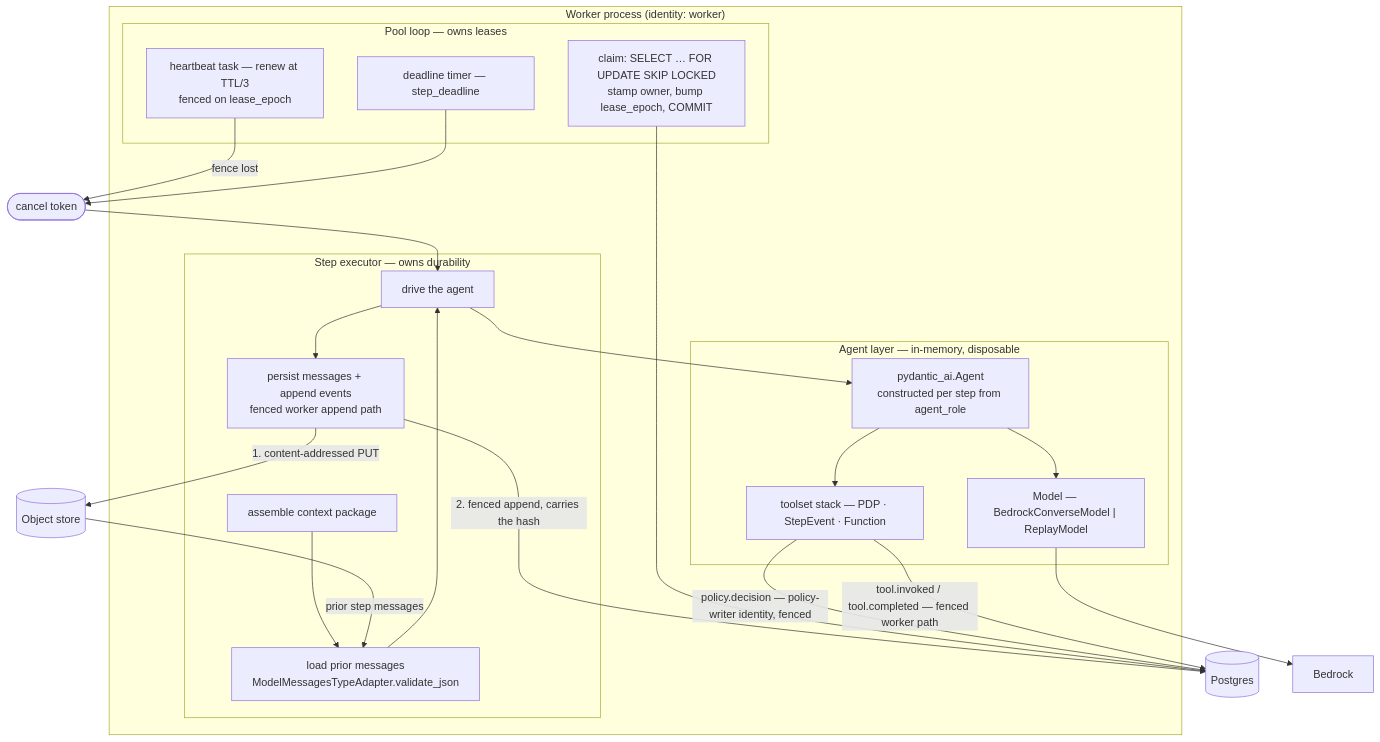
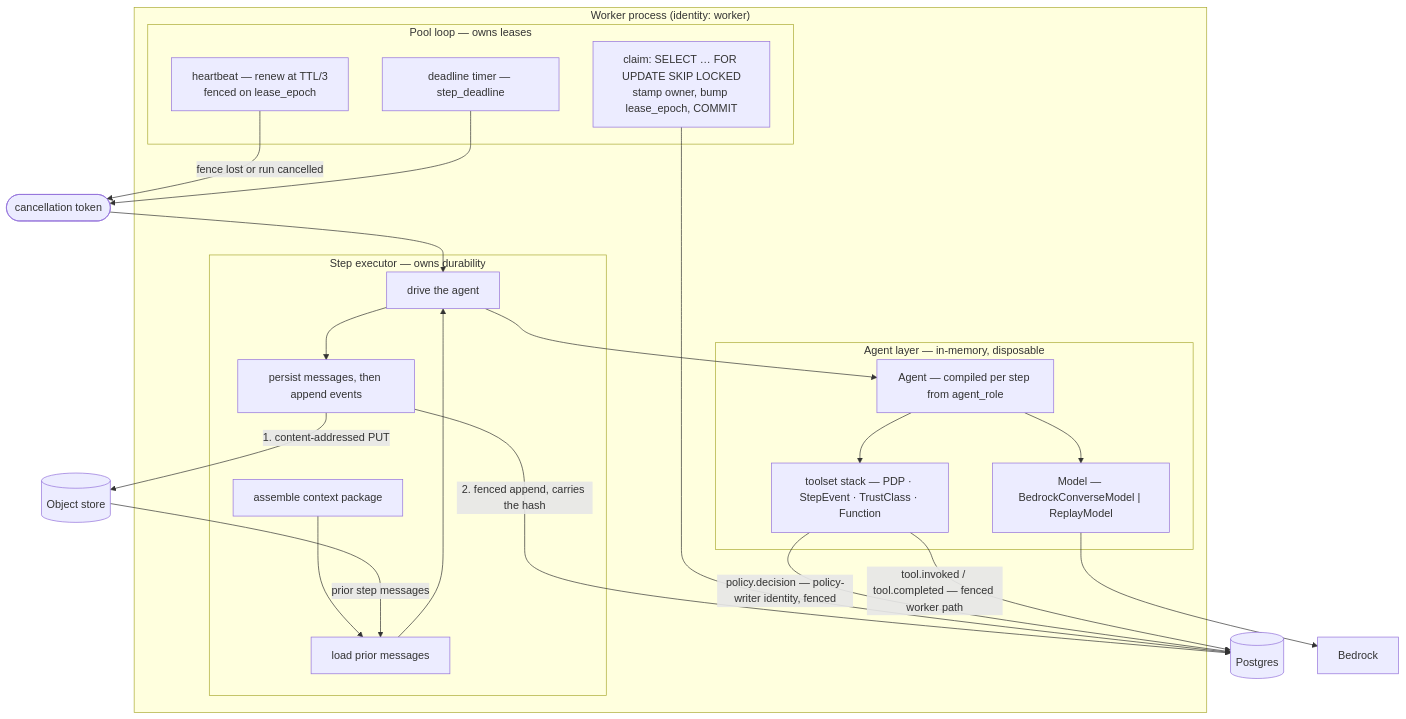
Before and after one commit to eugenelim/company-intelligence-desk: the second of 5 diagrams in docs/architecture/pydantic-ai-worker-runtime/worker-runtime.md, drawn with Mermaid. The commit also changed other lines of this file and 10 other files, not shown here.

First line of the commit message:
docs(architecture): restructure both architecture docs model-first

````diff
--- a/docs/architecture/pydantic-ai-worker-runtime/worker-runtime.md
+++ b/docs/architecture/pydantic-ai-worker-runtime/worker-runtime.md
@@ -286,39 +247,41 @@
 ```mermaid
 flowchart TB
+%% Question: which parts of a worker process hold durable state, and which are thrown away at step end?
+%% Zoom: component
     subgraph proc["Worker process (identity: worker)"]
         subgraph pool["Pool loop — owns leases"]
             CLAIM["claim: SELECT … FOR UPDATE SKIP LOCKED<br/>stamp owner, bump lease_epoch, COMMIT"]
-            HB["heartbeat task — renew at TTL/3<br/>fenced on lease_epoch"]
+            HB["heartbeat — renew at TTL/3<br/>fenced on lease_epoch"]
             DEADLINE["deadline timer — step_deadline"]
         end
         subgraph exec["Step executor — owns durability"]
             CTX["assemble context package"]
-            LOAD["load prior messages<br/>ModelMessagesTypeAdapter.validate_json"]
+            LOAD["load prior messages"]
             RUN["drive the agent"]
-            PERSIST["persist messages + append events<br/>fenced worker append path"]
+            PERSIST["persist messages, then append events"]
         end
         subgraph agent["Agent layer — in-memory, disposable"]
-            AG["pydantic_ai.Agent<br/>constructed per step from agent_role"]
-            TS["toolset stack — PDP · StepEvent · Function"]
+            AG["Agent — compiled per step from agent_role"]
+            TS["toolset stack — PDP · StepEvent · TrustClass · Function"]
             MOD["Model — BedrockConverseModel | ReplayModel"]
         end
     end
 
     PG[("Postgres")]
     OBJ[("Object store")]
     BR["Bedrock"]
 
     CLAIM --> PG
-    HB -->|fence lost| CANCEL(["cancel token"])
+    HB -->|fence lost or run cancelled| CANCEL(["cancellation token"])
     DEADLINE --> CANCEL
     CANCEL --> RUN
     CTX --> LOAD --> RUN --> AG
     AG --> TS
     AG --> MOD --> BR
     RUN --> PERSIST
+    PERSIST -->|1. content-addressed PUT| OBJ
     PERSIST -->|2. fenced append, carries the hash| PG
-    PERSIST -->|1. content-addressed PUT| OBJ
     OBJ -->|prior step messages| LOAD
     TS -->|policy.decision — policy-writer identity, fenced| PG
     TS -->|tool.invoked / tool.completed — fenced worker path| PG
 ```
````
